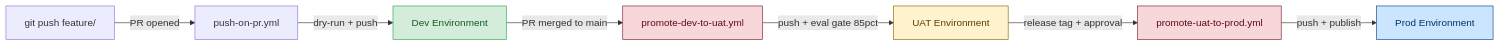
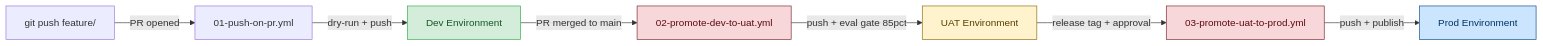
Before and after one commit to ramyabhargavi-p/copilot-studio-templates: the sixth of 7 diagrams in ENGINEERING-PLAYBOOK.md, drawn with Mermaid. The commit also changed other lines of this file and 42 other files, not shown here.

````diff
--- a/ENGINEERING-PLAYBOOK.md
+++ b/ENGINEERING-PLAYBOOK.md
@@ -1454,15 +1454,15 @@
 ```mermaid
 flowchart LR
-    A[git push feature/] -->|PR opened| B[push-on-pr.yml]
+    A[git push feature/] -->|PR opened| B[01-push-on-pr.yml]
     B -->|dry-run + push| C[Dev Environment]
-    C -->|PR merged to main| D[promote-dev-to-uat.yml]
+    C -->|PR merged to main| D[02-promote-dev-to-uat.yml]
     D -->|push + eval gate 85pct| E[UAT Environment]
-    E -->|release tag + approval| F[promote-uat-to-prod.yml]
+    E -->|release tag + approval| F[03-promote-uat-to-prod.yml]
     F -->|push + publish| G[Prod Environment]
 
     style C fill:#d4edda,stroke:#28a745,color:#155724
     style E fill:#fff3cd,stroke:#856404,color:#5a3e00
     style G fill:#cce5ff,stroke:#004085,color:#003366
     style D fill:#f8d7da,stroke:#721c24,color:#5c0a10
     style F fill:#f8d7da,stroke:#721c24,color:#5c0a10
 ```
````
